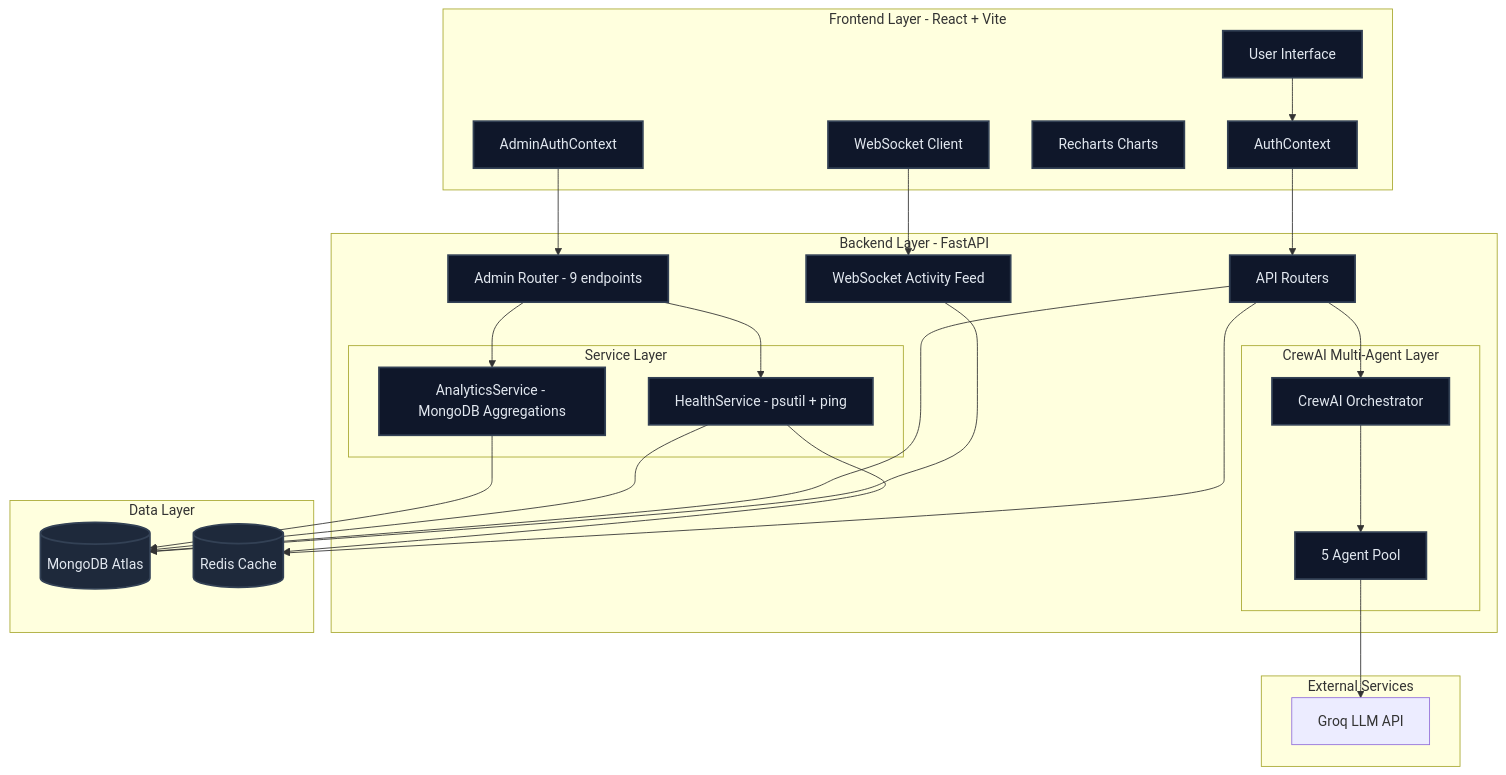
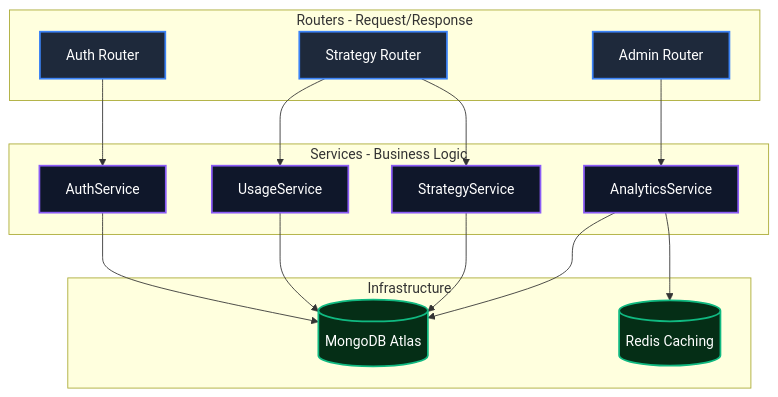
Before and after one commit to ayush-lakhani/AgentForge-: the diagram in README.md, drawn with Mermaid. The commit also changed other lines of this file and 9 other files, not shown here.

Commit message:
feat: upgrade to internship-ready layered architecture, RBAC, and professional docs

````diff
--- a/README.md
+++ b/README.md
@@ -68,59 +56,38 @@
 ```mermaid
 graph TD
-    classDef layer fill:#0f172a,stroke:#334155,stroke-width:2px,color:#e2e8f0
-    classDef db fill:#1e293b,stroke:#334155,stroke-width:2px,color:#e2e8f0
-    classDef admin fill:#052e16,stroke:#15803d,stroke-width:2px,color:#86efac
+    classDef router fill:#1e293b,stroke:#3b82f6,stroke-width:2px,color:#fff
+    classDef service fill:#0f172a,stroke:#8b5cf6,stroke-width:2px,color:#fff
+    classDef data fill:#052e16,stroke:#10b981,stroke-width:2px,color:#fff
 
-    subgraph Client_Side [Frontend Layer - React + Vite]
-        UI[User Interface]
-        Auth[AuthContext]
-        AdminCtx[AdminAuthContext]
-        Charts[Recharts Charts]
-        WS_Client[WebSocket Client]
+    subgraph API_Layer [Routers - Request/Response]
+        R1[Auth Router]
+        R2[Strategy Router]
+        R3[Admin Router]
     end
 
-    subgraph Server_Side [Backend Layer - FastAPI]
-        Router[API Routers]
-        AdminRouter[Admin Router - 9 endpoints]
-        WS_Server[WebSocket Activity Feed]
-
-        subgraph Orchestration [CrewAI Multi-Agent Layer]
-            Orch[CrewAI Orchestrator]
-            Agents[5 Agent Pool]
-        end
-
-        subgraph Services [Service Layer]
-            Analytics[AnalyticsService - MongoDB Aggregations]
-            Health[HealthService - psutil + ping]
-        end
+    subgraph Logic_Layer [Services - Business Logic]
+        S1[AuthService]
+        S2[UsageService]
+        S3[AnalyticsService]
+        S4[StrategyService]
     end
 
-    subgraph External [External Services]
-        Groq[Groq LLM API]
+    subgraph Data_Layer [Infrastructure]
+        M[(MongoDB Atlas)]
+        R[(Redis Caching)]
     end
 
-    subgraph Data [Data Layer]
-        MongoDB[(MongoDB Atlas)]
-        Redis[(Redis Cache)]
-    end
+    R1 --> S1
+    R2 --> S2
+    R2 --> S4
+    R3 --> S3
+    S1 --> M
+    S2 --> M
+    S3 --> M
+    S3 --> R
+    S4 --> M
 
-    UI --> Auth
-    Auth --> Router
-    AdminCtx --> AdminRouter
-    WS_Client --> WS_Server
-    Router --> Orch
-    Orch --> Agents
-    Agents --> Groq
-    AdminRouter --> Analytics
-    AdminRouter --> Health
-    Analytics --> MongoDB
-    Health --> MongoDB
-    Health --> Redis
-    Router --> MongoDB
-    Router --> Redis
-    WS_Server --> MongoDB
-
-    class UI,Auth,AdminCtx,Charts,WS_Client layer
-    class Router,AdminRouter,WS_Server,Orch,Agents,Analytics,Health layer
-    class MongoDB,Redis db
+    class R1,R2,R3 router
+    class S1,S2,S3,S4 service
+    class M,R data
 ```
````
